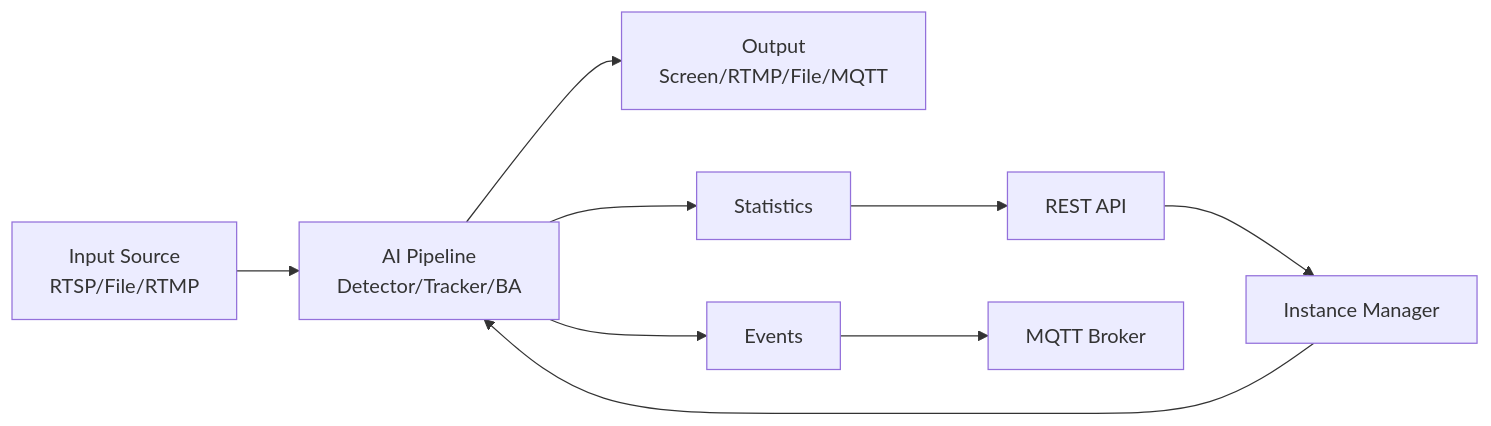
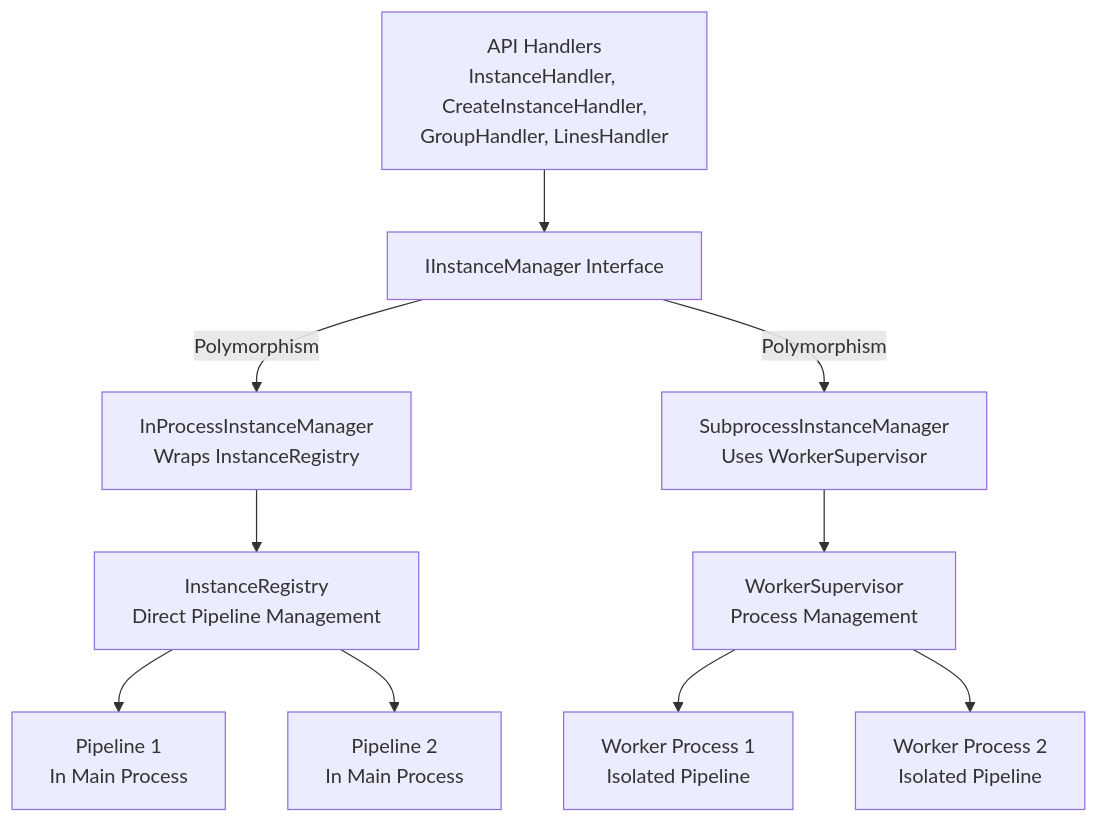
Diagram 11 of 11 in docs/ARCHITECTURE.md (cvedix/edge_ai_api), drawn with Mermaid before and after one commit. The commit also changed other lines of this file and 2 other files, not shown here.

Commit message:
feat: set subprocess mode as production default and update architecture docs

````diff
--- a/docs/ARCHITECTURE.md
+++ b/docs/ARCHITECTURE.md
@@ -236,14 +640,16 @@
 ```mermaid
-flowchart LR
-    Input[Input Source<br/>RTSP/File/RTMP] --> Pipeline[AI Pipeline<br/>Detector/Tracker/BA]
-    Pipeline --> Output[Output<br/>Screen/RTMP/File/MQTT]
+graph TB
+    APIHandlers[API Handlers<br/>InstanceHandler, CreateInstanceHandler,<br/>GroupHandler, LinesHandler] --> IInstanceManager[IInstanceManager Interface]
 
-    API[REST API] --> Manager[Instance Manager]
-    Manager --> Pipeline
+    IInstanceManager -->|Polymorphism| InProcessImpl[InProcessInstanceManager<br/>Wraps InstanceRegistry]
+    IInstanceManager -->|Polymorphism| SubprocessImpl[SubprocessInstanceManager<br/>Uses WorkerSupervisor]
 
-    Pipeline --> Stats[Statistics]
-    Stats --> API
+    InProcessImpl --> InstanceRegistry[InstanceRegistry<br/>Direct Pipeline Management]
+    SubprocessImpl --> WorkerSupervisor[WorkerSupervisor<br/>Process Management]
 
-    Pipeline --> Events[Events]
-    Events --> MQTT[MQTT Broker]
+    InstanceRegistry --> Pipeline1[Pipeline 1<br/>In Main Process]
+    InstanceRegistry --> Pipeline2[Pipeline 2<br/>In Main Process]
+
+    WorkerSupervisor --> Worker1[Worker Process 1<br/>Isolated Pipeline]
+    WorkerSupervisor --> Worker2[Worker Process 2<br/>Isolated Pipeline]
 ```
````
